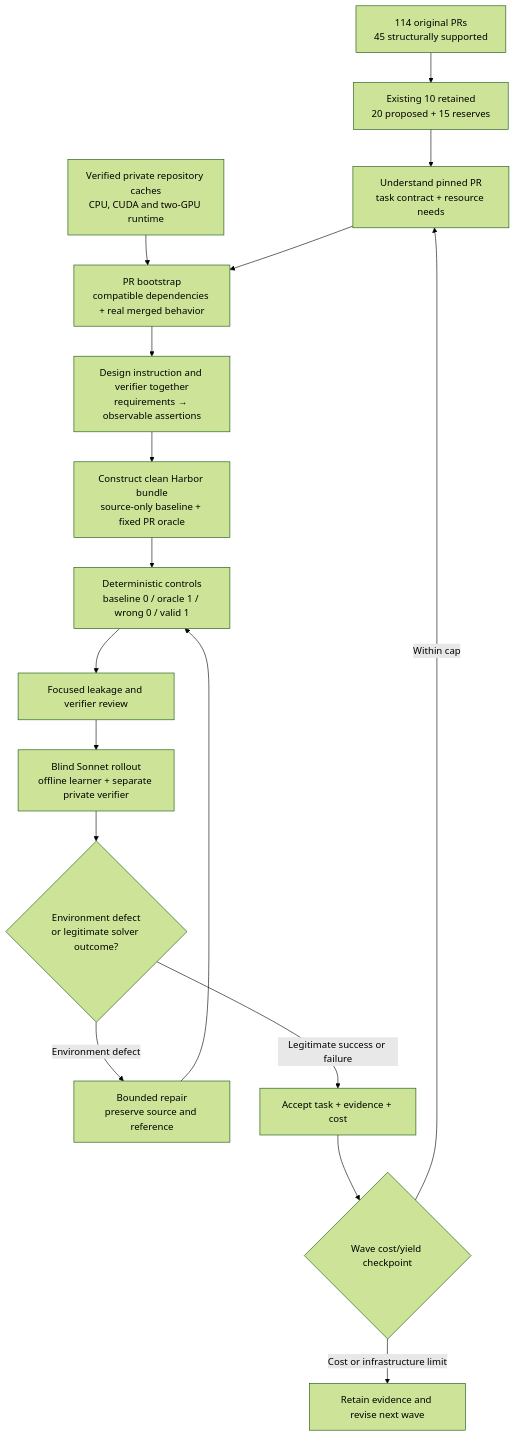
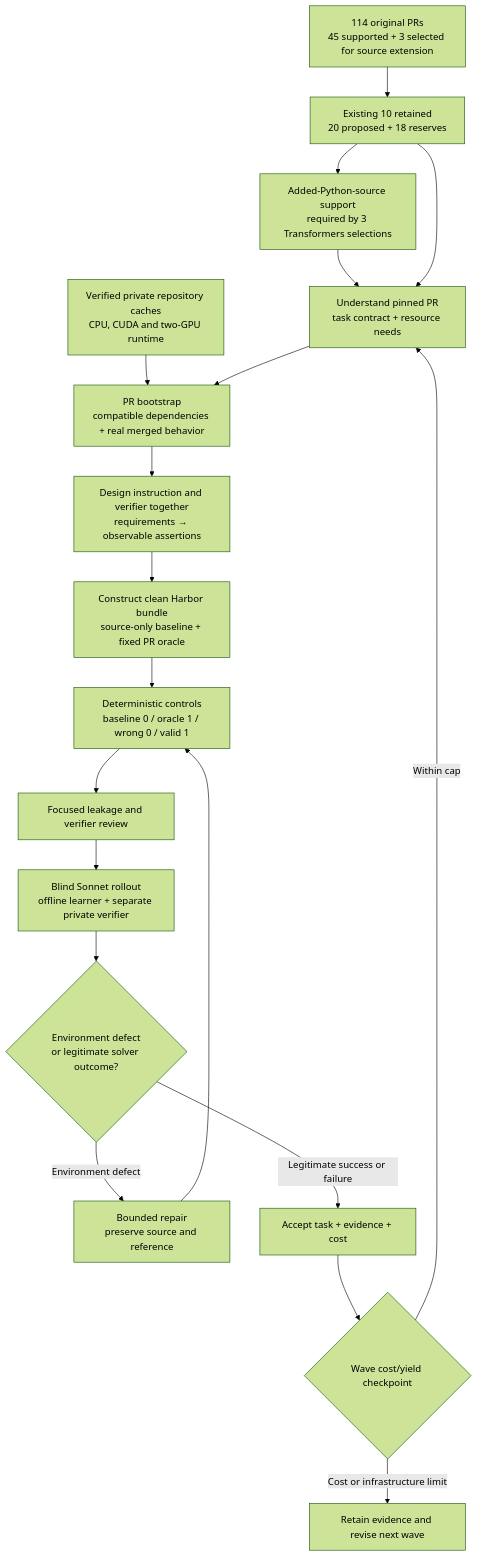
One commit to huggingface/Repo2RLEnv changed the diagram in docs/pipelines/tasksmith_scale30.md. Above: the diagram before and after it, drawn with Mermaid (forest theme). The commit also changed other lines of this file and 2 other files, not shown here.

Commit message:
docs: include Transformers PRs in Tasksmith scale plan

````diff
--- a/docs/pipelines/tasksmith_scale30.md
+++ b/docs/pipelines/tasksmith_scale30.md
@@ -42,19 +66,21 @@
 ```mermaid
 flowchart TD
-    A["114 original PRs<br/>45 structurally supported"] --> B["Existing 10 retained<br/>20 proposed + 15 reserves"]
+    A["114 original PRs<br/>45 supported + 3 selected for source extension"] --> B["Existing 10 retained<br/>20 proposed + 18 reserves"]
+    B --> NEW["Added-Python-source support<br/>required by 3 Transformers selections"]
+    NEW --> C
     B --> C["Understand pinned PR<br/>task contract + resource needs"]
     CACHE["Verified private repository caches<br/>CPU, CUDA and two-GPU runtime"] --> D
     C --> D["PR bootstrap<br/>compatible dependencies + real merged behavior"]
     D --> E["Design instruction and verifier together<br/>requirements → observable assertions"]
     E --> F["Construct clean Harbor bundle<br/>source-only baseline + fixed PR oracle"]
     F --> G["Deterministic controls<br/>baseline 0 / oracle 1 / wrong 0 / valid 1"]
     G --> H["Focused leakage and verifier review"]
     H --> I["Blind Sonnet rollout<br/>offline learner + separate private verifier"]
     I --> J{"Environment defect<br/>or legitimate solver outcome?"}
     J -->|Environment defect| R["Bounded repair<br/>preserve source and reference"]
     R --> G
     J -->|Legitimate success or failure| K["Accept task + evidence + cost"]
     K --> L{"Wave cost/yield checkpoint"}
     L -->|Within cap| C
     L -->|Cost or infrastructure limit| M["Retain evidence and revise next wave"]
 ```
````
